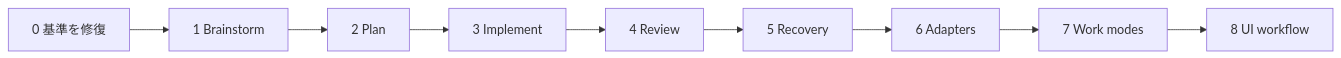
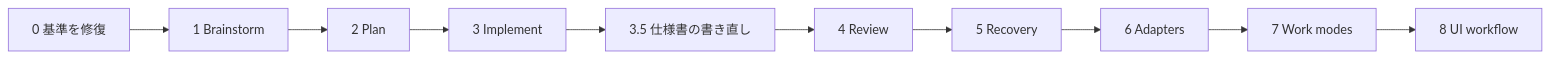
One commit to ba0918/agentic-workflow changed the first of 2 diagrams in ROADMAP.md. Above: the diagram before and after it, drawn with Mermaid. The commit also changed other lines of this file, not shown here.

First line of the commit message:
docs: Phase 3.5として仕様書の書き直しとplan→implementの継ぎ目の修正をROADMAPへ追加する

````diff
--- a/ROADMAP.md
+++ b/ROADMAP.md
@@ -114,11 +131,12 @@
 ```mermaid
 flowchart LR
     P0[0 基準を修復] --> P1[1 Brainstorm]
     P1 --> P2[2 Plan]
     P2 --> P3[3 Implement]
-    P3 --> P4[4 Review]
+    P3 --> P35[3.5 仕様書の書き直し]
+    P35 --> P4[4 Review]
     P4 --> P5[5 Recovery]
     P5 --> P6[6 Adapters]
     P6 --> P7[7 Work modes]
     P7 --> P8[8 UI workflow]
 ```
````
